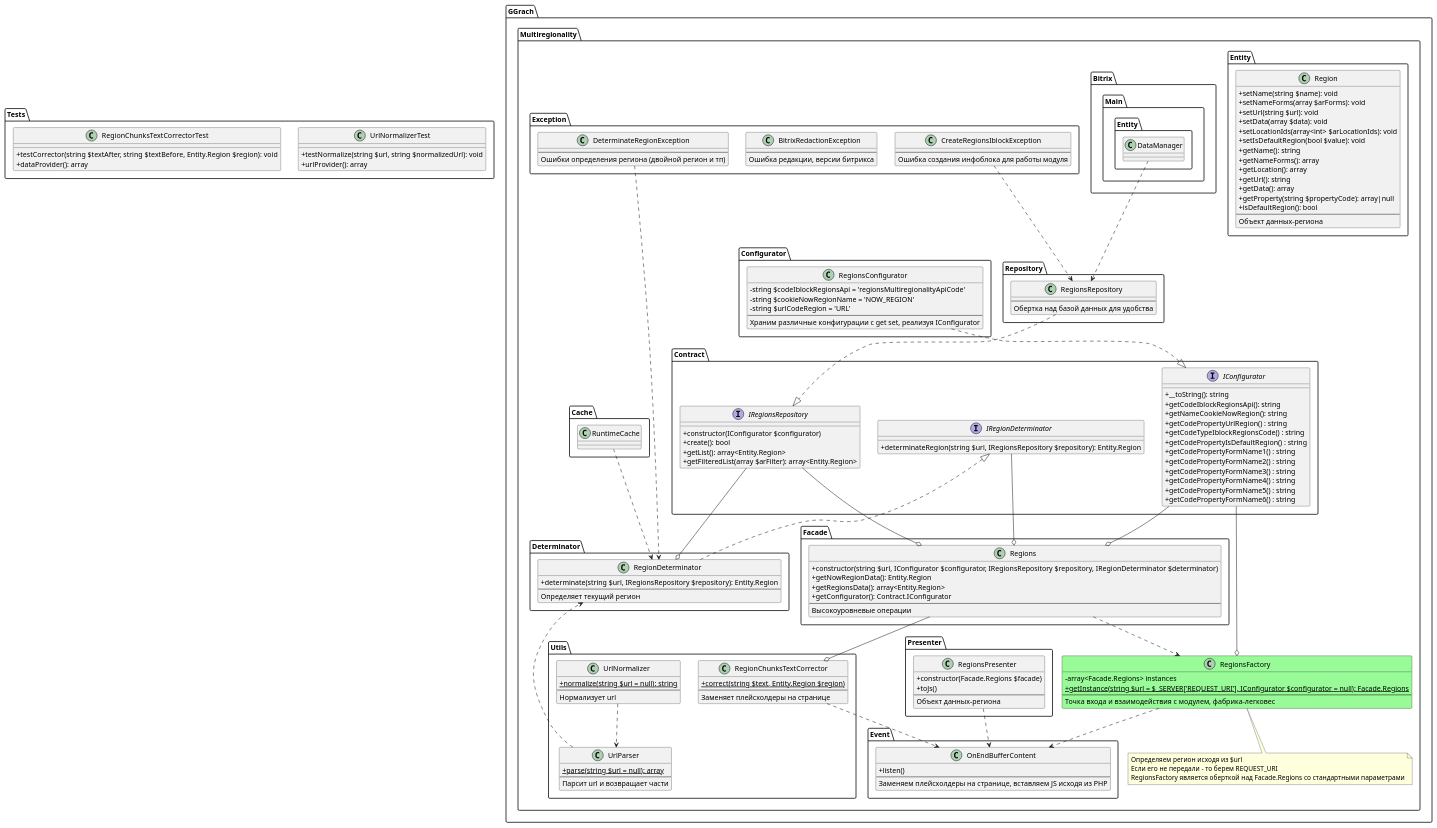
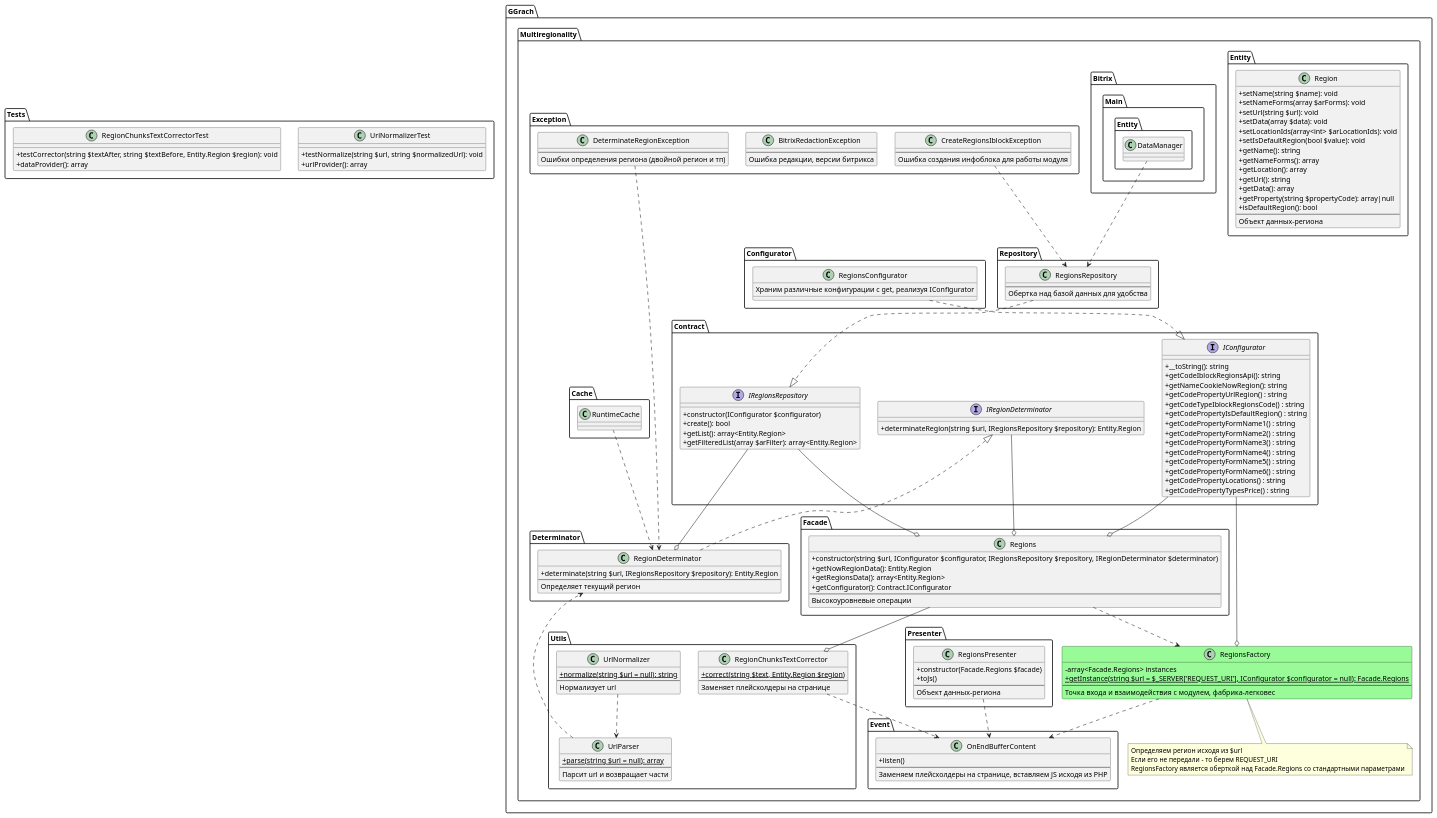
Before and after one commit to ggrachdev/bitrix_module_multiregionality: the diagram in ggrachdev.multiregionality/classes/general/Multiregionality/structure.puml, drawn with PlantUML. The commit also changed 4 other files, not shown here.

Commit message:
Add property price type

```diff
--- a/ggrachdev.multiregionality/classes/general/Multiregionality/structure.puml
+++ b/ggrachdev.multiregionality/classes/general/Multiregionality/structure.puml
@@ -103,16 +103,14 @@
             + getCodePropertyFormName4() : string
             + getCodePropertyFormName5() : string
             + getCodePropertyFormName6() : string
+            + getCodePropertyLocations() : string
+            + getCodePropertyTypesPrice() : string
         }
     }
 
     namespace Configurator {
         class RegionsConfigurator {
-            - string $codeIblockRegionsApi = 'regionsMultiregionalityApiCode'
-            - string $cookieNowRegionName = 'NOW_REGION'
-            - string $urlCodeRegion = 'URL'
-            ---
-            Храним различные конфигурации с get set, реализуя IConfigurator
+            Храним различные конфигурации с get, реализуя IConfigurator
         }
     }
 
```
